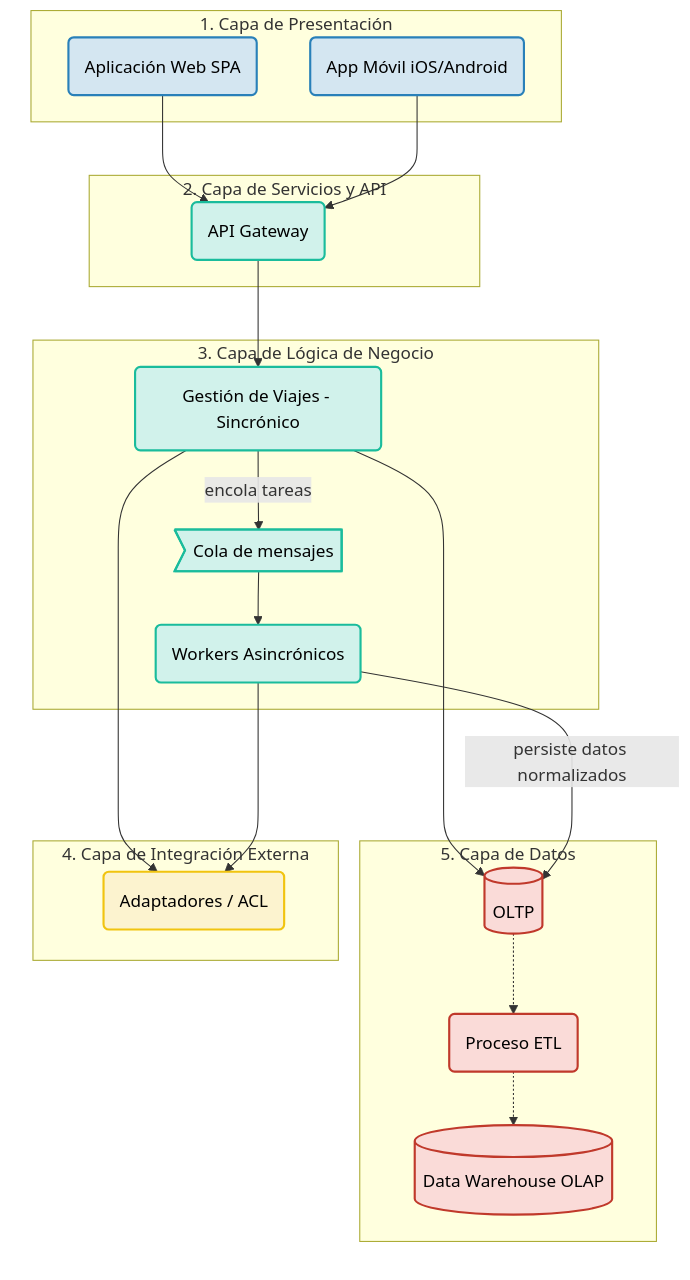
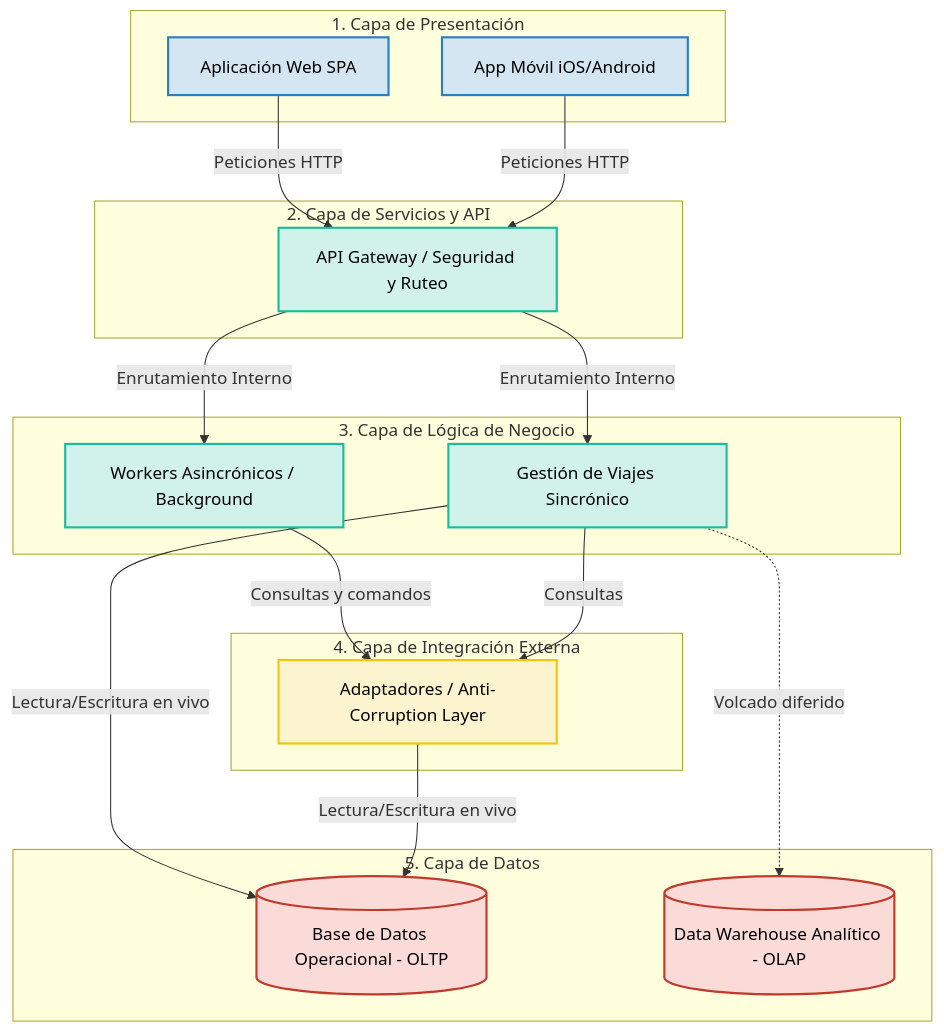
The second of 2 diagrams in Iteraciones/Iteracion-1.md (ulisesmatteoda/Trotamundos-Grupo23), drawn with Mermaid before and after one commit. The commit also changed other lines of this file, not shown here.

````diff
--- a/Iteraciones/Iteracion-1.md
+++ b/Iteraciones/Iteracion-1.md
@@ -82,54 +105,48 @@
 ```mermaid
 flowchart TD
+    %% Estilos de las cajas
+    classDef layer fill:#f9f9f9,stroke:#333,stroke-width:2px,color:#333;
     classDef client fill:#d4e6f1,stroke:#2980b9,stroke-width:2px,color:#000;
     classDef core fill:#d1f2eb,stroke:#1abc9c,stroke-width:2px,color:#000;
     classDef data fill:#fadbd8,stroke:#c0392b,stroke-width:2px,color:#000;
     classDef external fill:#fcf3cf,stroke:#f1c40f,stroke-width:2px,color:#000;
 
-    subgraph CapaPresentacion ["1. Capa de Presentación"]
-        Web("Aplicación Web SPA"):::client
-        App("App Móvil iOS/Android"):::client
+    %% Nodos principales
+    subgraph CapaPresentacion [1. Capa de Presentación]
+        Web[Aplicación Web SPA]:::client
+        App[App Móvil iOS/Android]:::client
     end
 
-    subgraph CapaAPI ["2. Capa de Servicios y API"]
-        Gateway("API Gateway"):::core
+    subgraph CapaAPI [2. Capa de Servicios y API]
+        Gateway[API Gateway / Seguridad y Ruteo]:::core
     end
 
-    subgraph CapaNegocio ["3. Capa de Lógica de Negocio"]
-        Sync("Gestión de Viajes - Sincrónico"):::core
-        Queue>Cola de mensajes]:::core
-        Async("Workers Asincrónicos"):::core
-        
-        Sync -- "encola tareas" --> Queue
-        Queue --> Async
+    subgraph CapaNegocio [3. Capa de Lógica de Negocio]
+        Sync[Gestión de Viajes Sincrónico]:::core
+        Async[Workers Asincrónicos / Background]:::core
     end
 
-    %% Capas inferiores en paralelo
-    subgraph BottomLayers [" "]
-        style BottomLayers fill:none,stroke:none
-        
-        subgraph CapaDatos ["5. Capa de Datos"]
-            OLTP[("OLTP")]:::data
-            ETL("Proceso ETL"):::data
-            OLAP[("Data Warehouse OLAP")]:::data
-            
-            OLTP -.-> ETL
-            ETL -.-> OLAP
-        end
-
-        subgraph CapaIntegracion ["4. Capa de Integración Externa"]
-            Adapters("Adaptadores / ACL"):::external
-        end
+    subgraph CapaIntegracion [4. Capa de Integración Externa]
+        Adapters[Adaptadores / Anti-Corruption Layer]:::external
     end
 
-    Web --> Gateway
-    App --> Gateway
+    subgraph CapaDatos [5. Capa de Datos]
+        OLTP[(Base de Datos Operacional - OLTP)]:::data
+        OLAP[(Data Warehouse Analítico - OLAP)]:::data
+    end
+
+    %% Relaciones y flujo de datos
+    Web -->|Peticiones HTTP| Gateway
+    App -->|Peticiones HTTP| Gateway
     
-    Gateway --> Sync
+    Gateway -->|Enrutamiento Interno| Sync
+    Gateway -->|Enrutamiento Interno| Async
     
-    Sync --> Adapters
-    Sync --> OLTP
+    Sync -->|Lectura/Escritura en vivo| OLTP
+    Sync -.->|Volcado diferido| OLAP
     
-    Async --> Adapters
-    Async -- "persiste datos normalizados" --> OLTP
+    Async -->|Consultas y comandos| Adapters
+    Sync -->|Consultas| Adapters
+    
+    Adapters -->|Lectura/Escritura en vivo| OLTP
 ```
````
